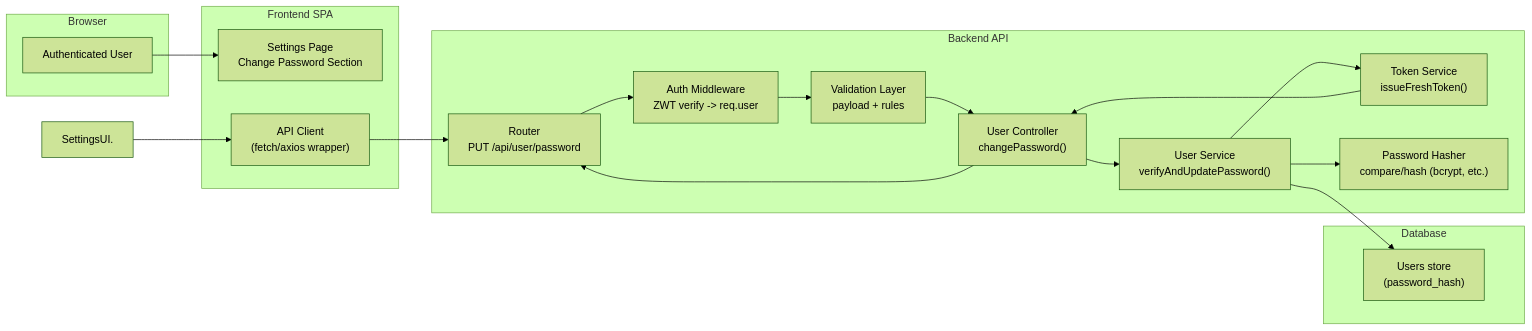
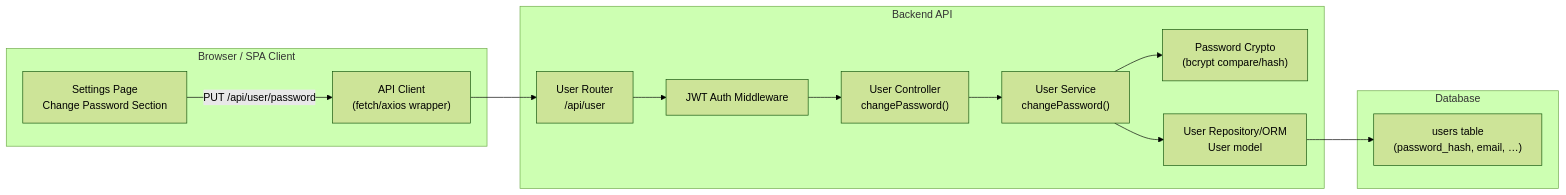
The diagram in docs/design/EPMCDMETST-55333-architecture.md (SowmyaBakka/conduit-realworld-example-app), drawn with Mermaid (forest theme) before and after one commit. The commit also changed other lines of this file and 3 other files, not shown here.

````diff
--- a/docs/design/EPMCDMETST-55333-architecture.md
+++ b/docs/design/EPMCDMETST-55333-architecture.md
@@ -44,38 +29,36 @@
 ```mermaid
 flowchart LR
-  subgraph Browser["Browser"]
-    User["Authenticated User"]
+  subgraph Client["Browser / SPA Client"]
+    SettingsPage["Settings Page
+Change Password Section"]
+    ApiClient["API Client
+(fetch/axios wrapper)"]
+    SettingsPage -->|"PUT /api/user/password"| ApiClient
   end
 
-  subgraph FE["Frontend SPA"]
-    SettingsUI["Settings Page\nChange Password Section"]
-    ApiClient["API Client\n(fetch/axios wrapper)"]
-  end
+  subgraph Server["Backend API"]
+    Router["User Router
+/api/user"]
+    AuthMW["JWT Auth Middleware"]
+    UserController["User Controller
+changePassword()"]
+    UserService["User Service
+changePassword()"]
+    Crypto["Password Crypto
+(bcrypt compare/hash)"]
+    UserRepo["User Repository/ORM
+User model"]
 
-  subgraph BE["Backend API"]
-    Router["Router\nPUT /api/user/password"]
-    AuthMW["Auth Middleware\nZWT verify -> req.user"]
-    UserController["User Controller\nchangePassword()"]
-    UserService["User Service\nverifyAndUpdatePassword()"]
-    TokenService["Token Service\nissueFreshToken()"]
-    PasswordHasher["Password Hasher\ncompare/hash (bcrypt, etc.)"]
-    Validator["Validation Layer\npayload + rules"]
+    Router --> AuthMW --> UserController --> UserService
+    UserService --> Crypto
+    UserService --> UserRepo
   end
 
   subgraph DB["Database"]
-    Users["Users store\n(password_hash)"]
+    UsersTable["users table
+(password_hash, email, …)"]
   end
 
-  User --> SettingsUI
-  SettingsUI.--> ApiClient
   ApiClient --> Router
-  Router --> AuthMW
-  AuthMW --> Validator
-  Validator --> UserController
-  UserController --> UserService
-  UserService --> PasswordHasher
-  UserService --> Users
-  UserService --> TokenService
-  TokenService --> UserController
-  UserController --> Router
+  UserRepo --> UsersTable
 ```
````
